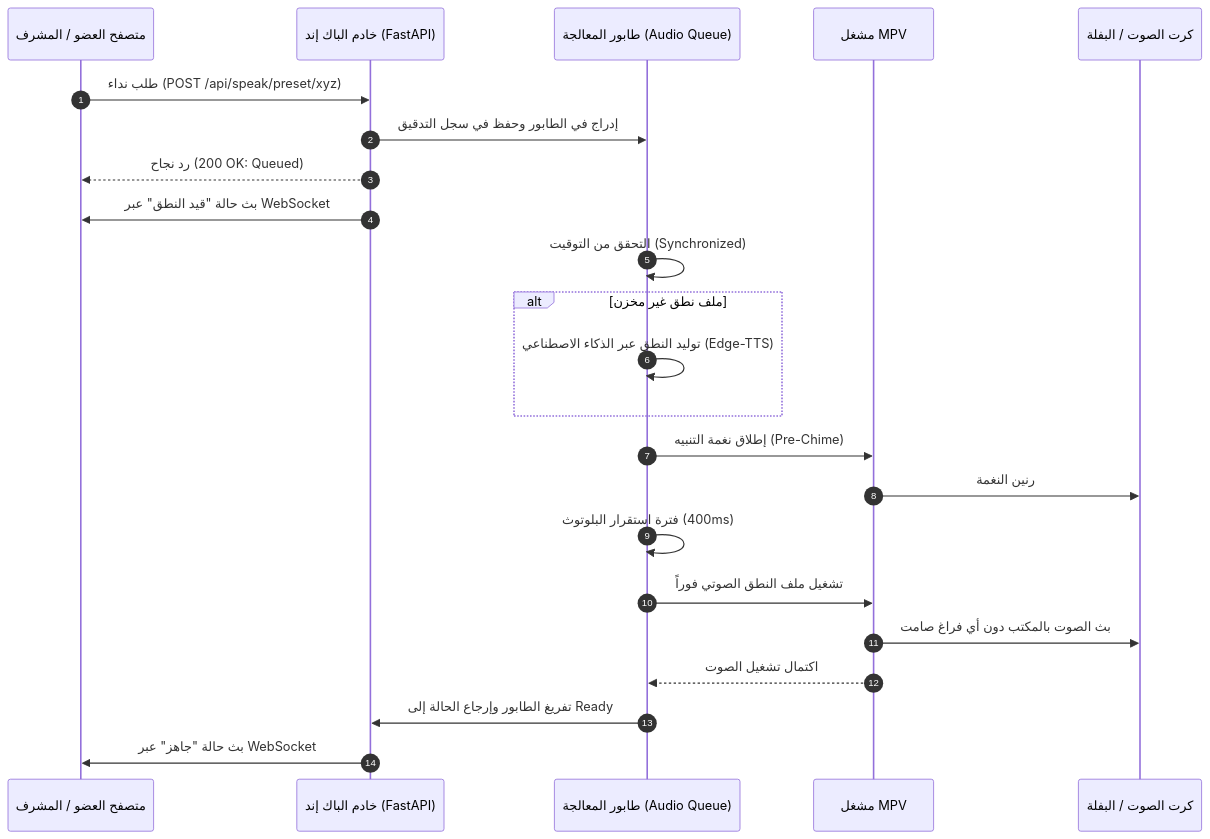
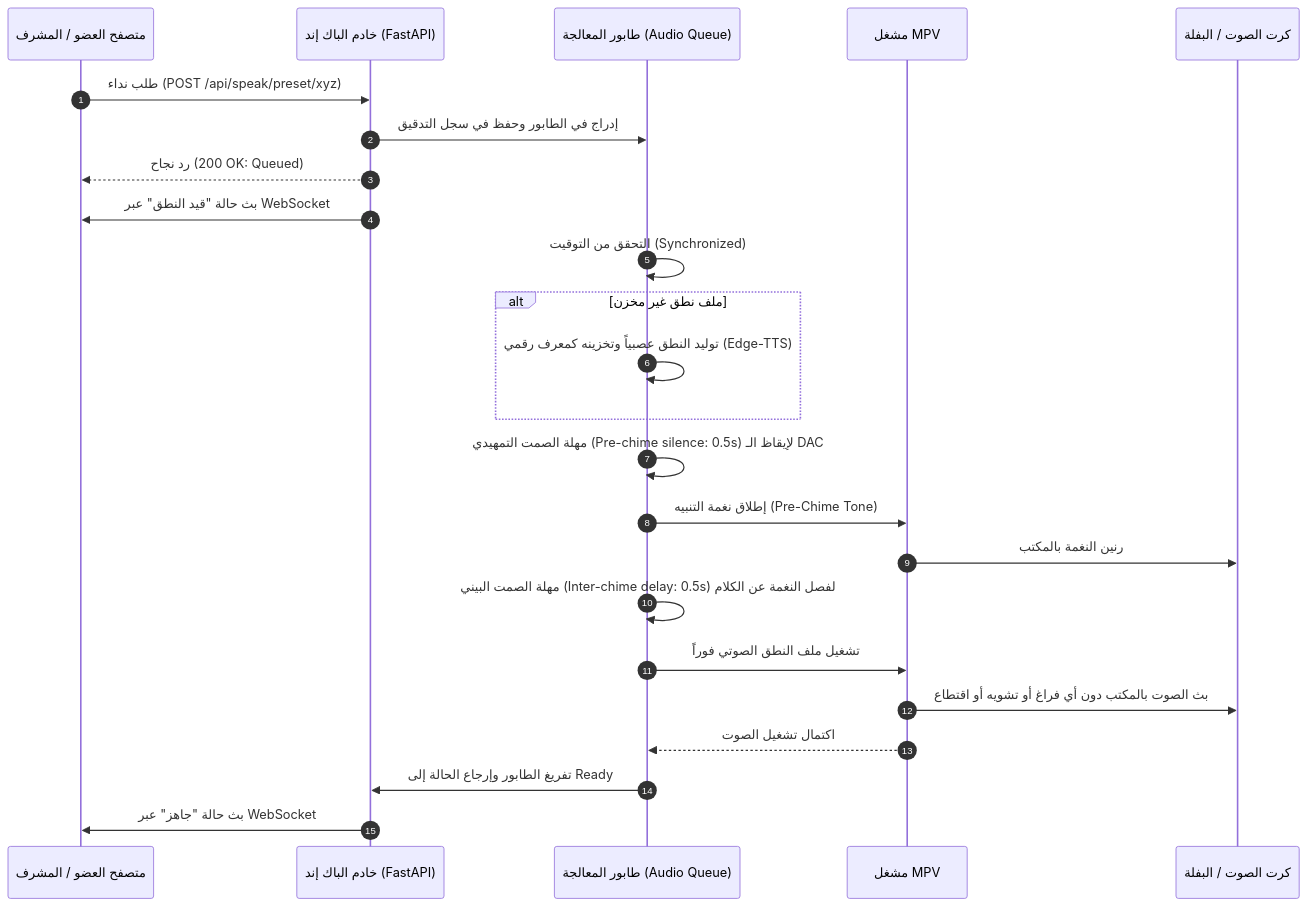
Before and after one commit to Moayad30/Kenel-ping: the second of 2 diagrams in docs/ARCHITECTURE.md, drawn with Mermaid. The commit also changed 8 other files, not shown here.

````diff
--- a/docs/ARCHITECTURE.md
+++ b/docs/ARCHITECTURE.md
@@ -65,29 +65,30 @@
 ```mermaid
 sequenceDiagram
     autonumber
     participant U as متصفح العضو / المشرف
     participant B as خادم الباك إند (FastAPI)
     participant Q as طابور المعالجة (Audio Queue)
     participant E as مشغل MPV
     participant S as كرت الصوت / البفلة
 
     U->>B: طلب نداء (POST /api/speak/preset/xyz)
     B->>Q: إدراج في الطابور وحفظ في سجل التدقيق
     B-->>U: رد نجاح (200 OK: Queued)
     B->>U: بث حالة "قيد النطق" عبر WebSocket
     
     Q->>Q: التحقق من التوقيت (Synchronized)
     alt ملف نطق غير مخزن
-        Q->>Q: توليد النطق عبر الذكاء الاصطناعي (Edge-TTS)
+        Q->>Q: توليد النطق عصبياً وتخزينه كمعرف رقمي (Edge-TTS)
     end
     
-    Q->>E: إطلاق نغمة التنبيه (Pre-Chime)
-    E->>S: رنين النغمة
-    Q->>Q: فترة استقرار البلوتوث (400ms)
+    Q->>Q: مهلة الصمت التمهيدي (Pre-chime silence: 0.5s) لإيقاظ الـ DAC
+    Q->>E: إطلاق نغمة التنبيه (Pre-Chime Tone)
+    E->>S: رنين النغمة بالمكتب
+    Q->>Q: مهلة الصمت البيني (Inter-chime delay: 0.5s) لفصل النغمة عن الكلام
     Q->>E: تشغيل ملف النطق الصوتي فوراً
-    E->>S: بث الصوت بالمكتب دون أي فراغ صامت
+    E->>S: بث الصوت بالمكتب دون أي فراغ أو تشويه أو اقتطاع
     
     E-->>Q: اكتمال تشغيل الصوت
     Q->>B: تفريغ الطابور وإرجاع الحالة إلى Ready
     B->>U: بث حالة "جاهز" عبر WebSocket
 ```
````
